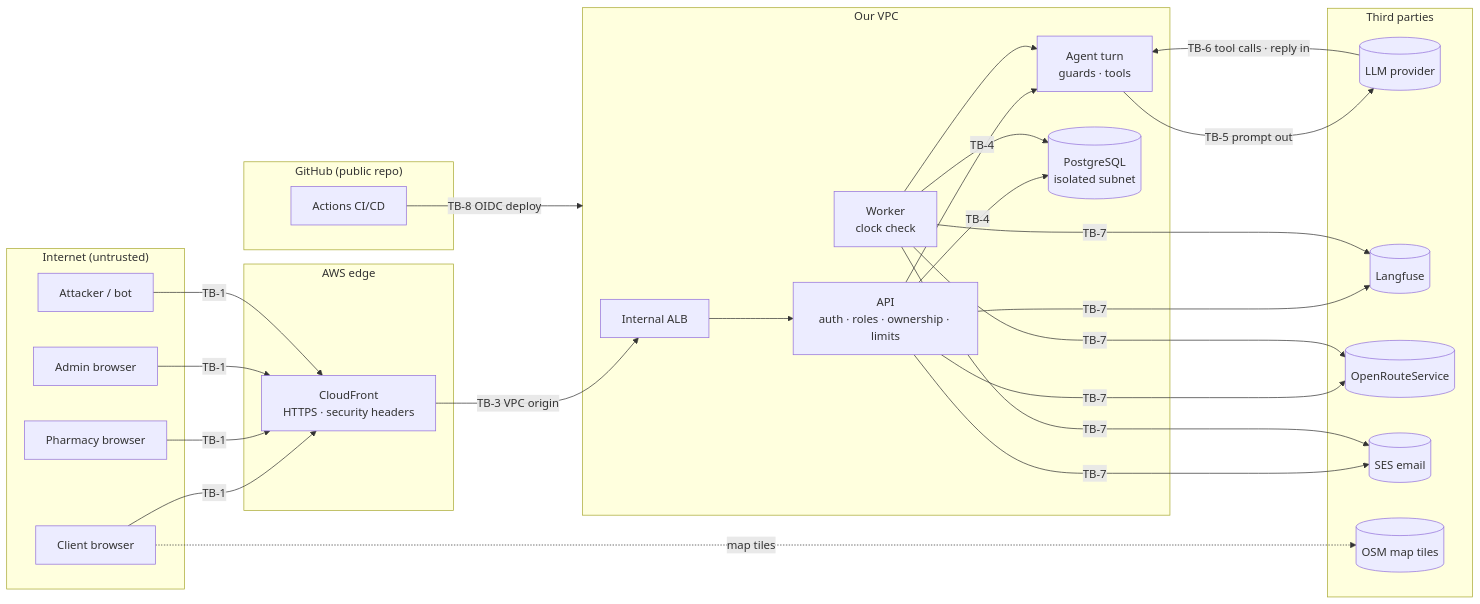
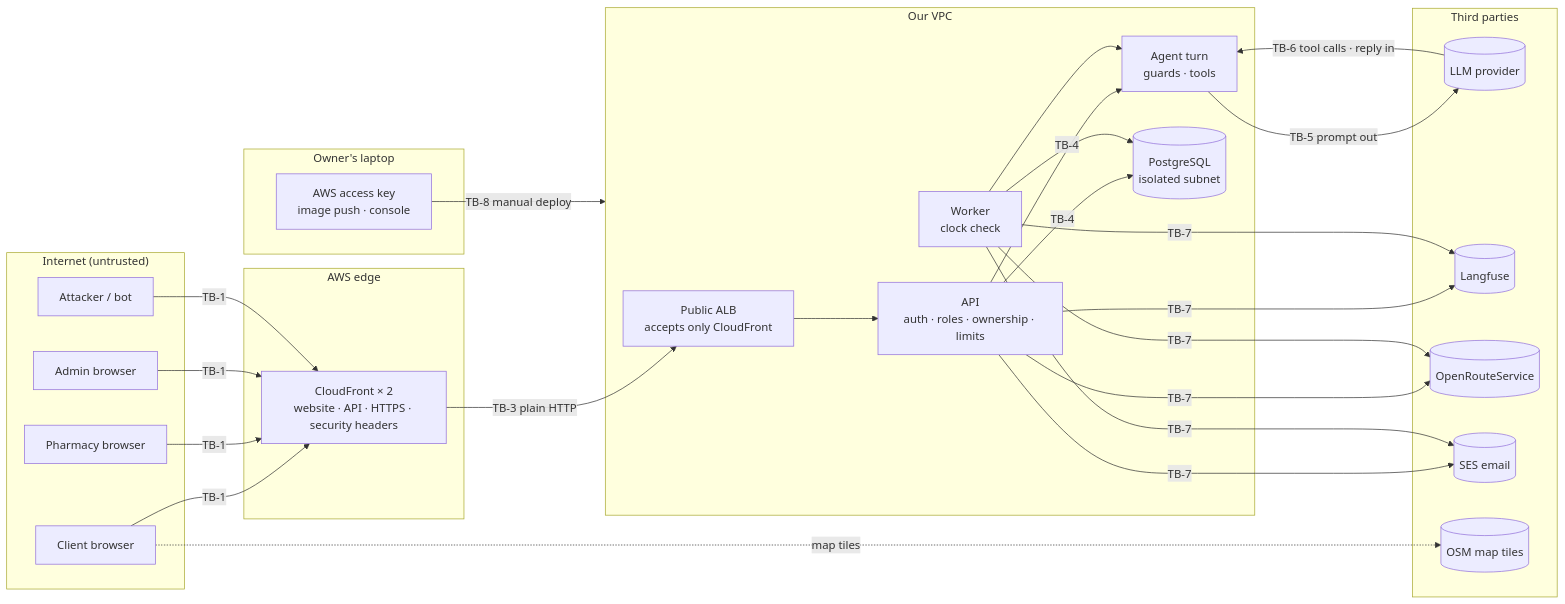
One commit to Mohammed-Farhat/Dawa_Link changed the diagram in docs/10_threat_model.md. Above: the diagram before and after it, drawn with Mermaid. The commit also changed other lines of this file and 15 other files, not shown here.

````diff
--- a/docs/10_threat_model.md
+++ b/docs/10_threat_model.md
@@ -121,40 +121,40 @@
 ```mermaid
 flowchart LR
     subgraph NET["Internet (untrusted)"]
         CB[Client browser]
         PB[Pharmacy browser]
         AB[Admin browser]
         X[Attacker / bot]
     end
     subgraph EDGE["AWS edge"]
-        CF[CloudFront<br/>HTTPS · security headers]
+        CF[CloudFront × 2<br/>website · API · HTTPS · security headers]
     end
     subgraph VPC["Our VPC"]
-        ALB[Internal ALB]
+        ALB[Public ALB<br/>accepts only CloudFront]
         API[API<br/>auth · roles · ownership · limits]
         AG[Agent turn<br/>guards · tools]
         W[Worker<br/>clock check]
         DB[(PostgreSQL<br/>isolated subnet)]
     end
     subgraph THIRD["Third parties"]
         LLM[(LLM provider)]
         LF[(Langfuse)]
         ORS[(OpenRouteService)]
         SES[(SES email)]
         OSM[(OSM map tiles)]
     end
-    subgraph DEV["GitHub (public repo)"]
-        GH[Actions CI/CD]
+    subgraph DEV["Owner's laptop"]
+        GH[AWS access key<br/>image push · console]
     end
 
     CB & PB & AB & X -- "TB-1" --> CF
-    CF -- "TB-3 VPC origin" --> ALB --> API
+    CF -- "TB-3 plain HTTP" --> ALB --> API
     API --> AG
     W --> AG
     API & W -- "TB-4" --> DB
     AG -- "TB-5 prompt out" --> LLM
     LLM -- "TB-6 tool calls · reply in" --> AG
     API & W -- "TB-7" --> LF & ORS & SES
     CB -. "map tiles" .-> OSM
-    GH -- "TB-8 OIDC deploy" --> VPC
+    GH -- "TB-8 manual deploy" --> VPC
 ```
````
